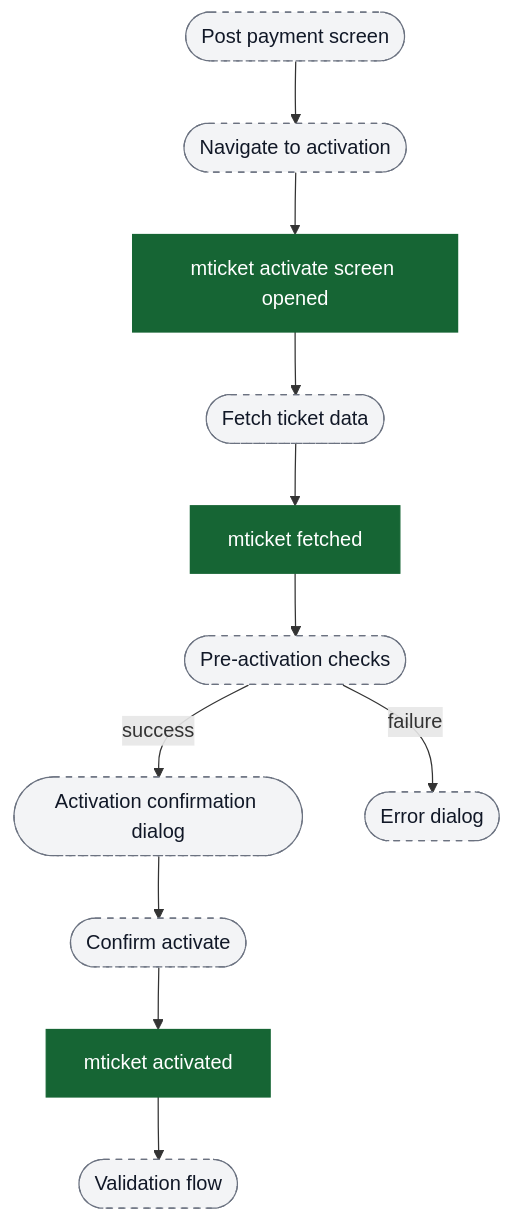
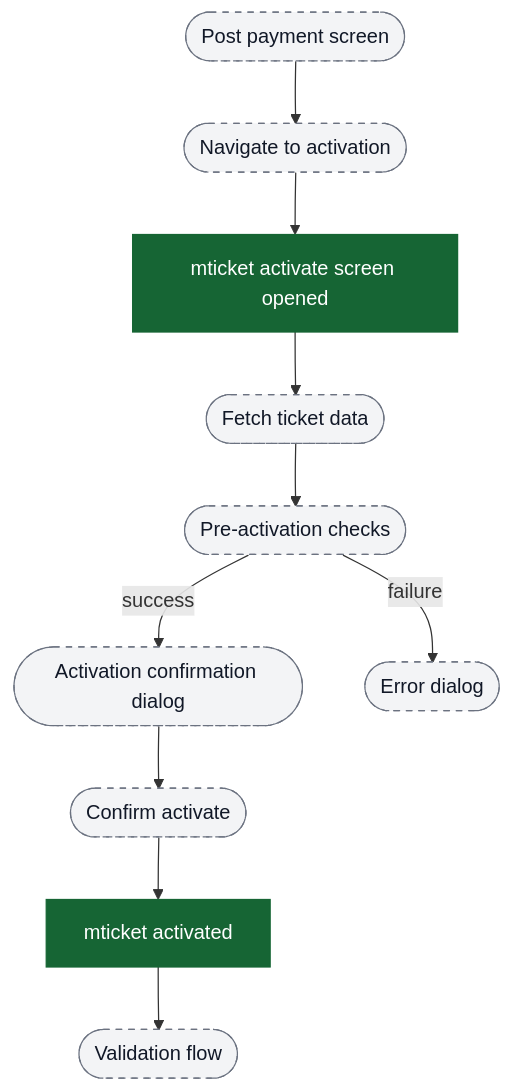
The seventh of 17 diagrams in content/analytics/mticket/flow-diagrams.md (ratulsarna/chalo-app-dashboard), drawn with Mermaid before and after one commit. The commit also changed other lines of this file and 3 other files, not shown here.

Commit message:
feat(analytics): update mTicket and Trip Planner event definitions and flow diagrams

````diff
--- a/content/analytics/mticket/flow-diagrams.md
+++ b/content/analytics/mticket/flow-diagrams.md
@@ -168,24 +172,23 @@
 ```mermaid
 flowchart TD
   ui_postPayment([Post payment screen]) --> ui_navigateActivation([Navigate to activation])
   ui_navigateActivation --> ev_activateScreenOpen["mticket activate screen opened"]
 
   ev_activateScreenOpen --> ui_fetchTicket([Fetch ticket data])
-  ui_fetchTicket --> ev_ticketFetched["mticket fetched"]
-  ev_ticketFetched --> ui_preActivationChecks([Pre-activation checks])
+  ui_fetchTicket --> ui_preActivationChecks([Pre-activation checks])
 
   ui_preActivationChecks -->|success| ui_activationConfirmDialog([Activation confirmation dialog])
   ui_activationConfirmDialog --> ui_confirmActivate([Confirm activate])
   ui_confirmActivate --> ev_activated["mticket activated"]
 
   ui_preActivationChecks -->|failure| ui_activationError([Error dialog])
 
   ev_activated --> ui_validationFlow([Validation flow])
 
   classDef event fill:#166534,stroke:#166534,color:#ffffff;
   classDef ui fill:#f3f4f6,stroke:#6b7280,stroke-dasharray: 5 5,color:#111827;
   classDef external fill:#ffffff,stroke:#6b7280,stroke-dasharray: 3 3,color:#111827;
 
-  class ev_activateScreenOpen,ev_ticketFetched,ev_activated event;
+  class ev_activateScreenOpen,ev_activated event;
   class ui_postPayment,ui_navigateActivation,ui_fetchTicket,ui_preActivationChecks,ui_activationConfirmDialog,ui_confirmActivate,ui_activationError,ui_validationFlow ui;
 ```
````
